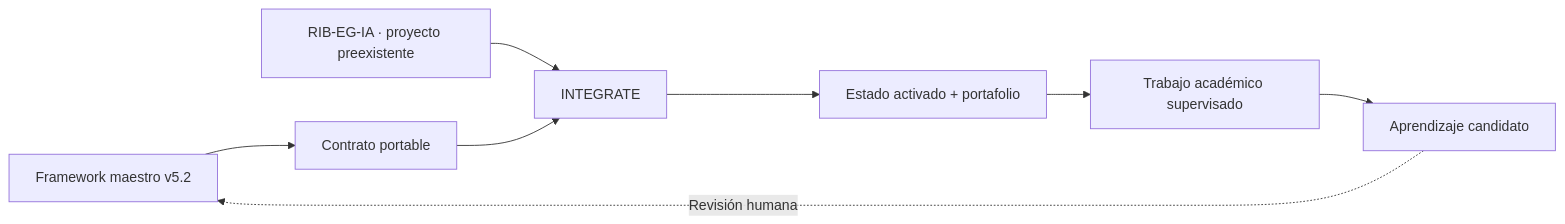
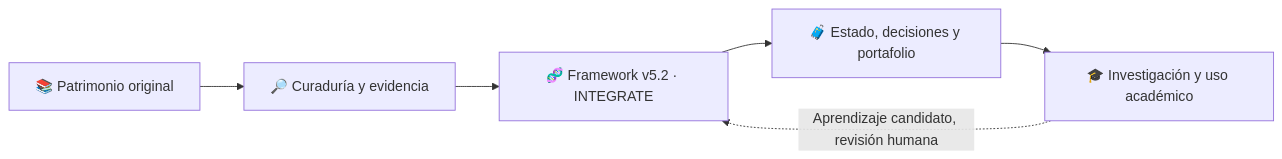
The first of 2 diagrams in README.md (ricardojuanmorales/repositorio-institucional-eg-ia-1), drawn with Mermaid before and after one commit. The commit also changed other lines of this file, not shown here.

Commit message:
docs: portada pública ilustrada RIB-EG-IA preservando README anterior en 99 archivo

````diff
--- a/README.md
+++ b/README.md
@@ -58,10 +74,8 @@
 ```mermaid
 flowchart LR
-    F["Framework maestro v5.2"] --> C["Contrato portable"]
-    R["RIB-EG-IA · proyecto preexistente"] --> I["INTEGRATE"]
-    C --> I
-    I --> E["Estado activado + portafolio"]
-    E --> A["Trabajo académico supervisado"]
-    A --> T["Aprendizaje candidato"]
-    T -. "Revisión humana" .-> F
+  A["📚 Patrimonio original"] --> B["🔎 Curaduría y evidencia"]
+  B --> C["🧬 Framework v5.2 · INTEGRATE"]
+  C --> D["🧳 Estado, decisiones y portafolio"]
+  D --> E["🎓 Investigación y uso académico"]
+  E -. "Aprendizaje candidato, revisión humana" .-> C
 ```
````
